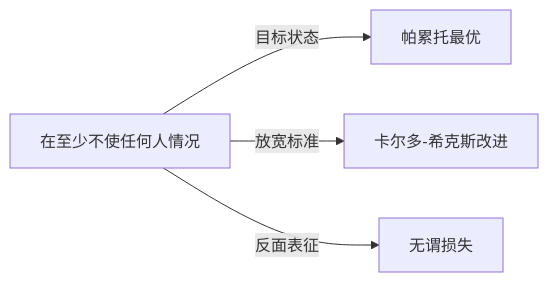
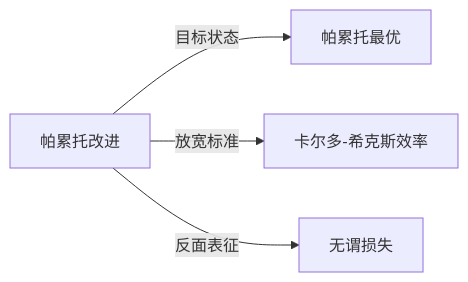
Before and after one commit to KIMMCHOW/MyKnowledge: the diagram in Knowledge/Concepts/经济/帕累托改进.md, drawn with Mermaid. The commit also changed 96 other files, not shown here.

Commit message:
fix: 修复概念页关系图节点并补齐缺失关联

````diff
--- a/Knowledge/Concepts/经济/帕累托改进.md
+++ b/Knowledge/Concepts/经济/帕累托改进.md
@@ -40,6 +40,6 @@
 ```mermaid
 graph LR
-    在至少不使任何人情况 -->|目标状态| 帕累托最优
-    在至少不使任何人情况 -->|放宽标准| 卡尔多-希克斯改进
-    在至少不使任何人情况 -->|反面表征| 无谓损失
+帕累托改进 -->|目标状态| 帕累托最优
+帕累托改进 -->|放宽标准| 卡尔多-希克斯效率
+帕累托改进 -->|反面表征| 无谓损失
 ```
````
